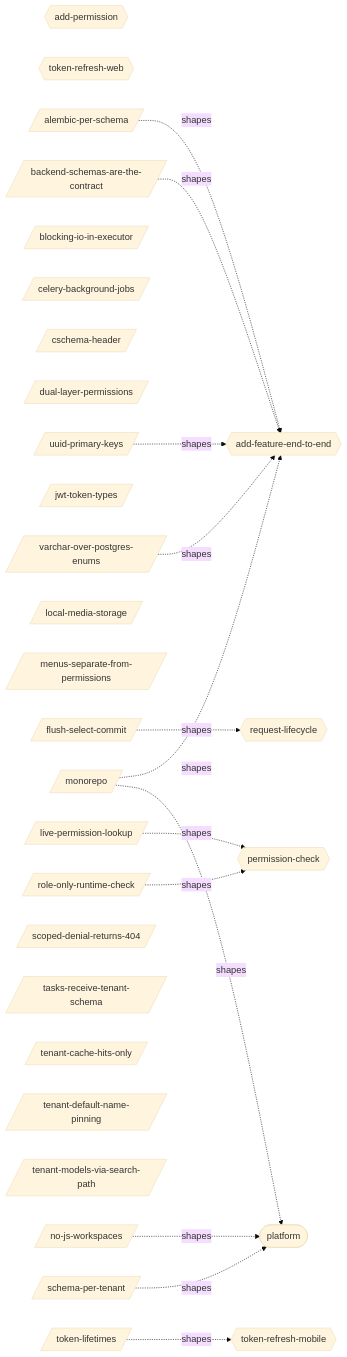
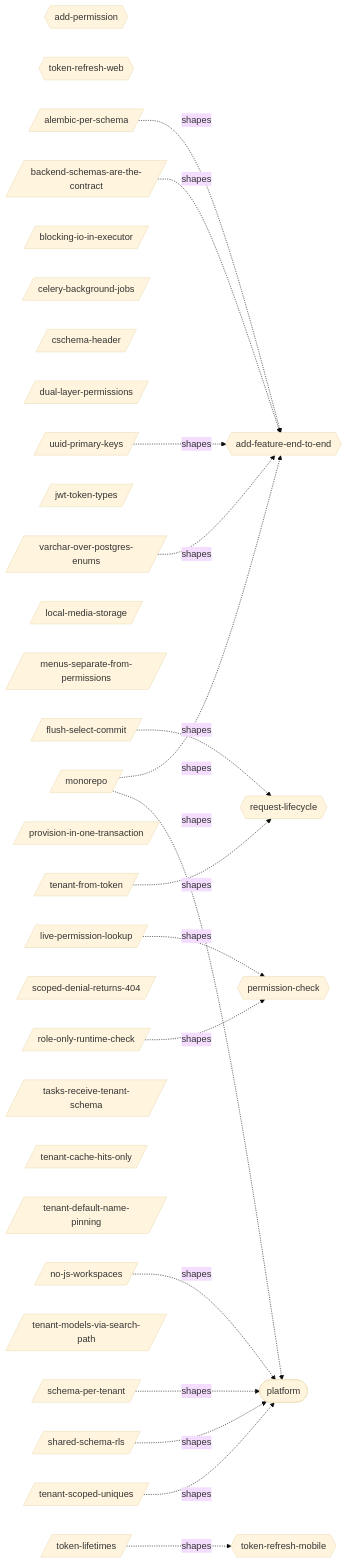
One commit to nerellasraj21/cos360_full_app changed the first of 7 diagrams in docs/graph/views/platform.md. Above: the diagram before and after it, drawn with Mermaid (base theme). The commit also changed other lines of this file and 175 other files, not shown here.

````diff
--- a/docs/graph/views/platform.md
+++ b/docs/graph/views/platform.md
@@ -9,45 +9,52 @@
 ```mermaid
 graph LR
   n0(["platform"])
   n1{{"add-feature-end-to-end"}}
   n2{{"add-permission"}}
   n3{{"permission-check"}}
   n4{{"request-lifecycle"}}
   n5{{"token-refresh-mobile"}}
   n6{{"token-refresh-web"}}
   n7[/"alembic-per-schema"/]
   n7 -.->|shapes| n1
   n8[/"backend-schemas-are-the-contract"/]
   n8 -.->|shapes| n1
   n9[/"blocking-io-in-executor"/]
   n10[/"celery-background-jobs"/]
   n11[/"cschema-header"/]
   n12[/"dual-layer-permissions"/]
   n13[/"flush-select-commit"/]
   n13 -.->|shapes| n4
   n14[/"jwt-token-types"/]
   n15[/"live-permission-lookup"/]
   n15 -.->|shapes| n3
   n16[/"local-media-storage"/]
   n17[/"menus-separate-from-permissions"/]
   n18[/"monorepo"/]
   n18 -.->|shapes| n1
   n18 -.->|shapes| n0
   n19[/"no-js-workspaces"/]
   n19 -.->|shapes| n0
-  n20[/"role-only-runtime-check"/]
-  n20 -.->|shapes| n3
-  n21[/"schema-per-tenant"/]
-  n21 -.->|shapes| n0
-  n22[/"scoped-denial-returns-404"/]
-  n23[/"tasks-receive-tenant-schema"/]
-  n24[/"tenant-cache-hits-only"/]
-  n25[/"tenant-default-name-pinning"/]
-  n26[/"tenant-models-via-search-path"/]
-  n27[/"token-lifetimes"/]
-  n27 -.->|shapes| n5
-  n28[/"uuid-primary-keys"/]
-  n28 -.->|shapes| n1
-  n29[/"varchar-over-postgres-enums"/]
-  n29 -.->|shapes| n1
+  n20[/"provision-in-one-transaction"/]
+  n21[/"role-only-runtime-check"/]
+  n21 -.->|shapes| n3
+  n22[/"schema-per-tenant"/]
+  n22 -.->|shapes| n0
+  n23[/"scoped-denial-returns-404"/]
+  n24[/"shared-schema-rls"/]
+  n24 -.->|shapes| n0
+  n25[/"tasks-receive-tenant-schema"/]
+  n26[/"tenant-cache-hits-only"/]
+  n27[/"tenant-default-name-pinning"/]
+  n28[/"tenant-from-token"/]
+  n28 -.->|shapes| n4
+  n29[/"tenant-models-via-search-path"/]
+  n30[/"tenant-scoped-uniques"/]
+  n30 -.->|shapes| n0
+  n31[/"token-lifetimes"/]
+  n31 -.->|shapes| n5
+  n32[/"uuid-primary-keys"/]
+  n32 -.->|shapes| n1
+  n33[/"varchar-over-postgres-enums"/]
+  n33 -.->|shapes| n1
 ```
````
